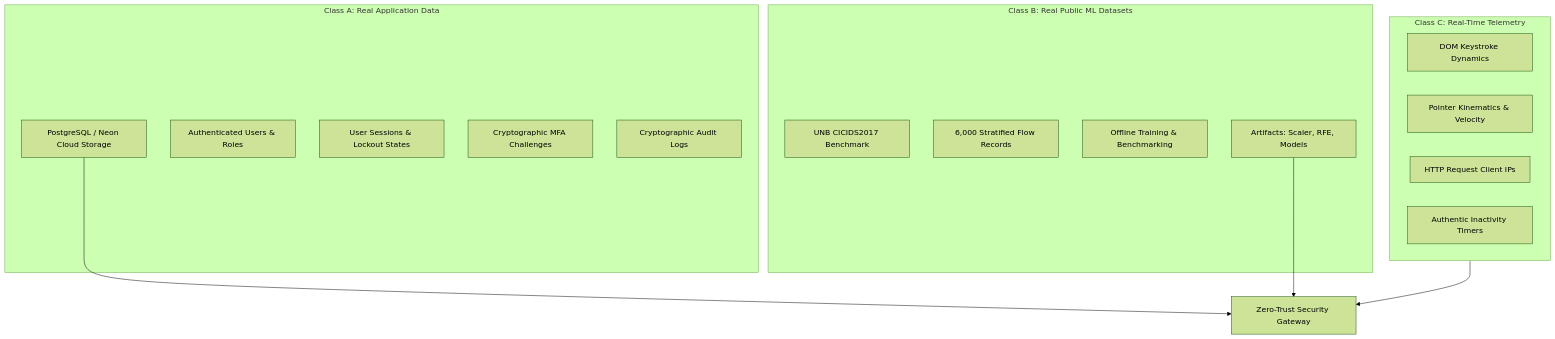
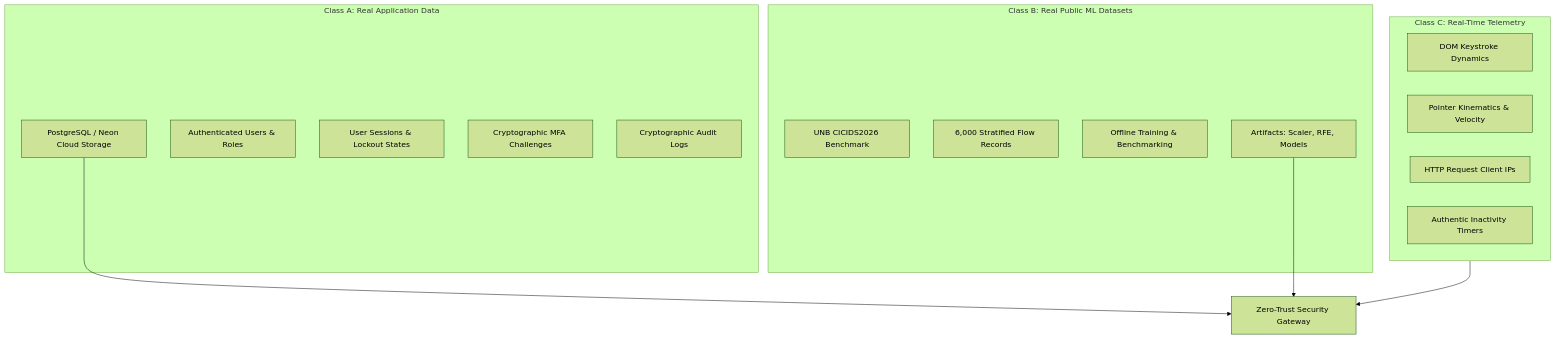
One commit to BabaKullayappa13/Adaptive-Zero-Trust-AI-Framework- changed the diagram in DATA_PROVENANCE.md. Above: the diagram before and after it, drawn with Mermaid (forest theme). The commit also changed other lines of this file and 32 other files, not shown here.

````diff
--- a/DATA_PROVENANCE.md
+++ b/DATA_PROVENANCE.md
@@ -22,28 +22,28 @@
 ```mermaid
 flowchart TD
     subgraph A["Class A: Real Application Data"]
         A1["PostgreSQL / Neon Cloud Storage"]
         A2["Authenticated Users & Roles"]
         A3["User Sessions & Lockout States"]
         A4["Cryptographic MFA Challenges"]
         A5["Cryptographic Audit Logs"]
     end
 
     subgraph B["Class B: Real Public ML Datasets"]
-        B1["UNB CICIDS2017 Benchmark"]
+        B1["UNB CICIDS2026 Benchmark"]
         B2["6,000 Stratified Flow Records"]
         B3["Offline Training & Benchmarking"]
         B4["Artifacts: Scaler, RFE, Models"]
     end
 
     subgraph C["Class C: Real-Time Telemetry"]
         C1["DOM Keystroke Dynamics"]
         C2["Pointer Kinematics & Velocity"]
         C3["HTTP Request Client IPs"]
         C4["Authentic Inactivity Timers"]
     end
 
     A1 --> CoreGateway["Zero-Trust Security Gateway"]
     B4 --> CoreGateway
     C --> CoreGateway
 ```
````
